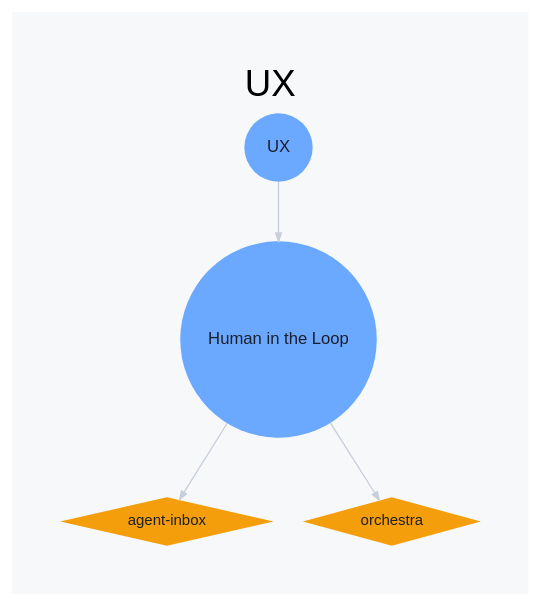
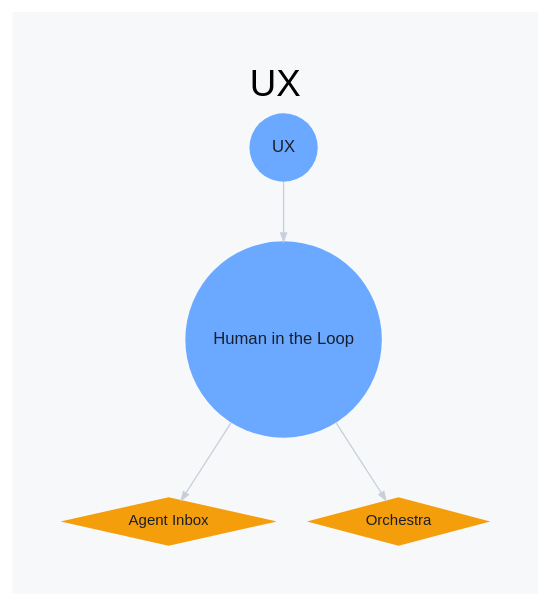
One commit to danielrosehill/Agentic-AI-Ecosystem changed the diagram in snapshots/2026-04-09/segments/ux.dot. Above: the diagram before and after it, drawn with Graphviz. The commit also changed 272 other files, not shown here.

```diff
--- a/snapshots/2026-04-09/segments/ux.dot
+++ b/snapshots/2026-04-09/segments/ux.dot
@@ -1,12 +1,12 @@
 digraph G {
   graph [layout=dot, overlap=false, splines=true, bgcolor="#f7f8fa", fontname="Helvetica", labelloc="t", label="UX", fontsize=22, pad=0.4];
   node [fontname="Helvetica", style="filled", penwidth=0, fontcolor="#1a1f2c"];
   edge [color="#c8cfdb", arrowsize=0.5, penwidth=0.8];
   "cat:ux" [label="UX", shape=circle, fillcolor="#6aa9ff", width=0.57, height=0.57, fontsize=10, tooltip="User-experience patterns and components specifically for agent systems."];
   "cat:ux/human-in-the-loop" [label="Human in the Loop", shape=circle, fillcolor="#6aa9ff", width=0.71, height=0.71, fontsize=10, tooltip="Interfaces and workflows for inserting humans into agent execution — approvals, task handoff, review queues."];
-  "proj:agent-inbox" [label="agent-inbox", shape=diamond, fillcolor="#f59e0b", width=0.40, height=0.40, fontsize=9, tooltip="https://github.com/langchain-ai/agent-inbox", URL="https://github.com/langchain-ai/agent-inbox"];
-  "proj:orchestra" [label="orchestra", shape=diamond, fillcolor="#f59e0b", width=0.40, height=0.40, fontsize=9, tooltip="https://github.com/b12io/orchestra", URL="https://github.com/b12io/orchestra"];
+  "proj:agent-inbox" [label="Agent Inbox", shape=diamond, fillcolor="#f59e0b", width=0.40, height=0.40, fontsize=9, tooltip="https://github.com/langchain-ai/agent-inbox", URL="https://github.com/langchain-ai/agent-inbox"];
+  "proj:orchestra" [label="Orchestra", shape=diamond, fillcolor="#f59e0b", width=0.40, height=0.40, fontsize=9, tooltip="https://github.com/b12io/orchestra", URL="https://github.com/b12io/orchestra"];
   "cat:ux" -> "cat:ux/human-in-the-loop";
   "cat:ux/human-in-the-loop" -> "proj:agent-inbox";
   "cat:ux/human-in-the-loop" -> "proj:orchestra";
 }
```
